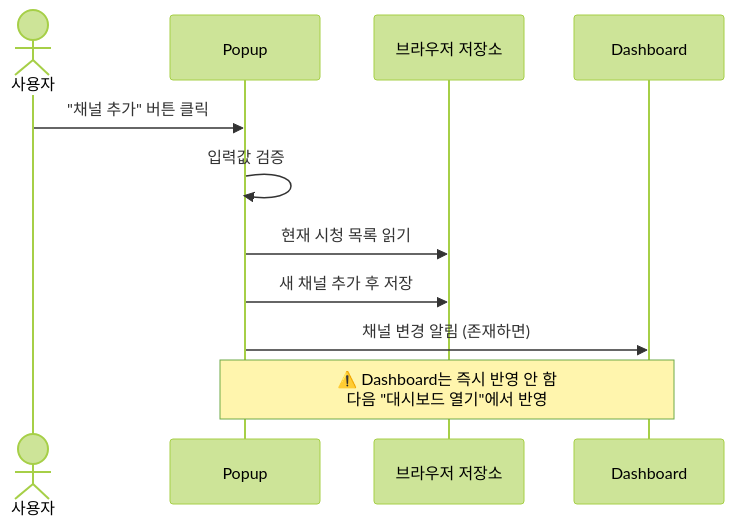
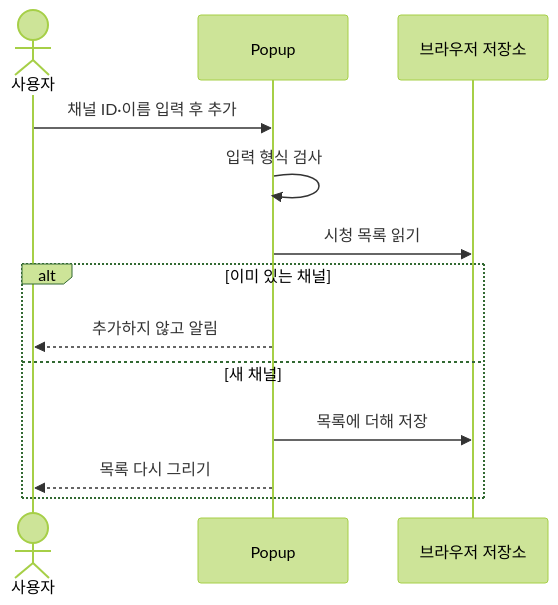
One commit to QYnote/ChzzkMultiViewer changed the first of 6 diagrams in document/Process-Viewpoint/Flows-UserInteractions.md. Above: the diagram before and after it, drawn with Mermaid (forest theme). The commit also changed other lines of this file and 14 other files, not shown here.

````diff
--- a/document/Process-Viewpoint/Flows-UserInteractions.md
+++ b/document/Process-Viewpoint/Flows-UserInteractions.md
@@ -14,14 +12,16 @@
 ```mermaid
 sequenceDiagram
-    actor User as 사용자
-    participant Popup
-    participant Storage as 브라우저 저장소
-    participant Dashboard
+  actor U as 사용자
+  participant P as Popup
+  participant S as 브라우저 저장소
 
-    User->>Popup: "채널 추가" 버튼 클릭
-    Popup->>Popup: 입력값 검증
-    Popup->>Storage: 현재 시청 목록 읽기
-    Popup->>Storage: 새 채널 추가 후 저장
-    Popup->>Dashboard: 채널 변경 알림 (존재하면)
-    Note over Popup,Dashboard: ⚠️ Dashboard는 즉시 반영 안 함<br/>다음 "대시보드 열기"에서 반영
+  U->>P: 채널 ID·이름 입력 후 추가
+  P->>P: 입력 형식 검사
+  P->>S: 시청 목록 읽기
+  alt 이미 있는 채널
+    P-->>U: 추가하지 않고 알림
+  else 새 채널
+    P->>S: 목록에 더해 저장
+    P-->>U: 목록 다시 그리기
+  end
 ```
````
